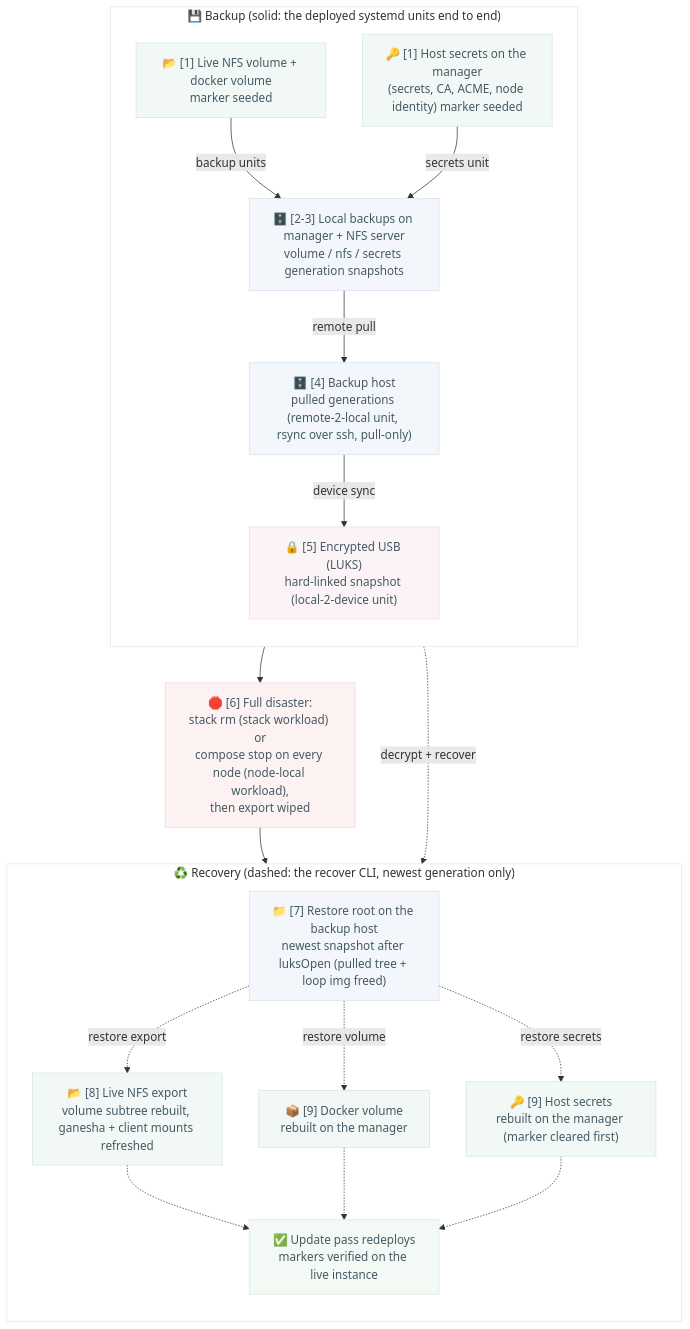
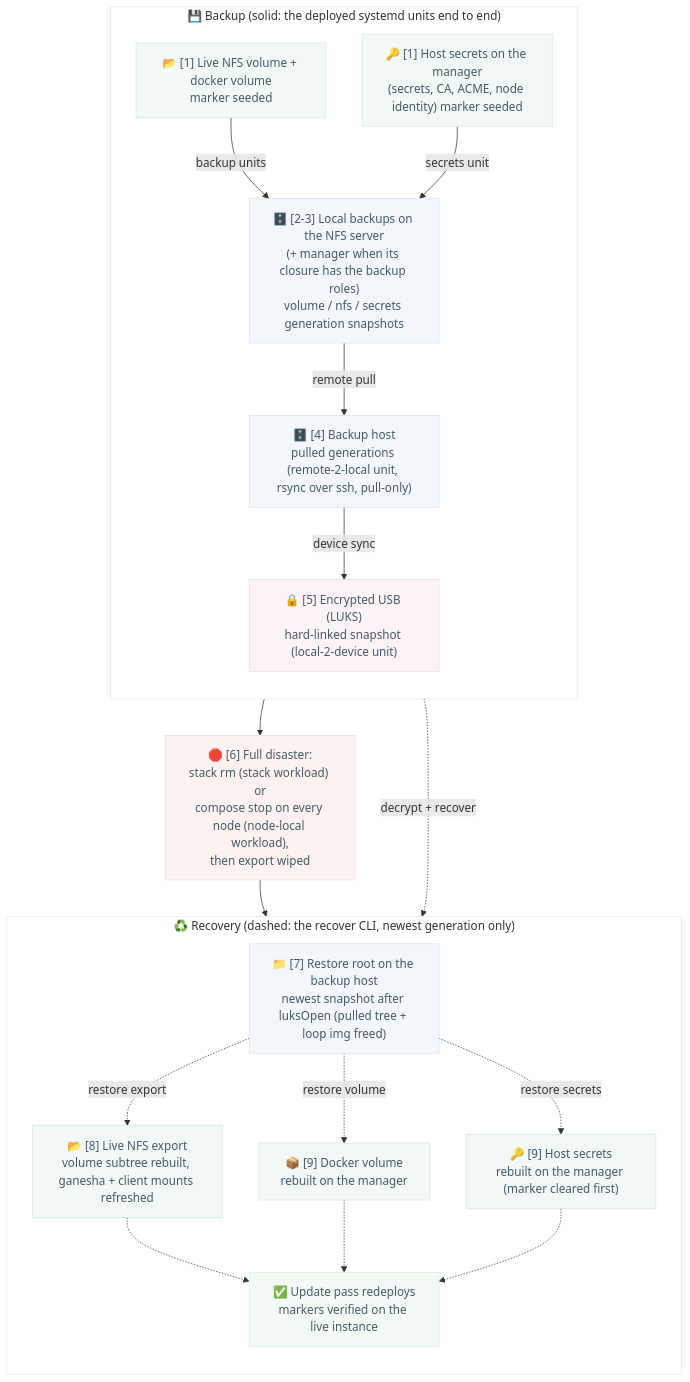
Before and after one commit to AlejandroRomanIbanez/infinito-nexus: the second of 2 diagrams in scripts/tests/deploy/swarm/routine/backup/README.md, drawn with Mermaid. The commit also changed other lines of this file and 8 other files, not shown here.

First line of the commit message:
fix(swarm-test): derive the DR drill backup providers from the closure

````diff
--- a/scripts/tests/deploy/swarm/routine/backup/README.md
+++ b/scripts/tests/deploy/swarm/routine/backup/README.md
@@ -61,42 +61,42 @@
 ```mermaid
 flowchart TB
     subgraph forward["💾 Backup (solid: the deployed systemd units end to end)"]
         direction TB
         vol["📂 [1] Live NFS volume + docker volume<br/>marker seeded"]:::live
         sec["🔑 [1] Host secrets on the manager<br/>(secrets, CA, ACME, node identity) marker seeded"]:::live
-        localbkp["🗄️ [2-3] Local backups on manager + NFS server<br/>volume / nfs / secrets generation snapshots"]:::store
+        localbkp["🗄️ [2-3] Local backups on the NFS server<br/>(+ manager when its closure has the backup roles)<br/>volume / nfs / secrets generation snapshots"]:::store
         pulled["🗄️ [4] Backup host<br/>pulled generations (remote-2-local unit, rsync over ssh, pull-only)"]:::store
         usb["🔒 [5] Encrypted USB (LUKS)<br/>hard-linked snapshot (local-2-device unit)"]:::device
         vol -->|backup units| localbkp
         sec -->|secrets unit| localbkp
         localbkp -->|remote pull| pulled -->|device sync| usb
     end
 
     teardown["🛑 [6] Full disaster:<br/>stack rm (stack workload) or<br/>compose stop on every node (node-local workload),<br/>then export wiped"]:::dead
 
     subgraph recovery["♻️ Recovery (dashed: the recover CLI, newest generation only)"]
         direction TB
         restored["📁 [7] Restore root on the backup host<br/>newest snapshot after luksOpen (pulled tree + loop img freed)"]:::store
         export["📂 [8] Live NFS export<br/>volume subtree rebuilt, ganesha + client mounts refreshed"]:::live
         volume["📦 [9] Docker volume<br/>rebuilt on the manager"]:::live
         secrets["🔑 [9] Host secrets<br/>rebuilt on the manager (marker cleared first)"]:::live
         verified["✅ Update pass redeploys<br/>markers verified on the live instance"]:::ok
         usb -.->|decrypt + recover| restored
         restored -.->|restore export| export
         restored -.->|restore volume| volume
         restored -.->|restore secrets| secrets
         export -.-> verified
         volume -.-> verified
         secrets -.-> verified
     end
 
     forward --> teardown --> recovery
 
     classDef live fill:#f1f8f6,stroke:#d5e7e2,color:#455a64;
     classDef store fill:#f3f7fb,stroke:#d6e2ee,color:#455a64;
     classDef device fill:#fbf3f6,stroke:#eed9e2,color:#455a64;
     classDef dead fill:#fdf2f2,stroke:#eddada,color:#455a64;
     classDef ok fill:#f3f9f4,stroke:#d9ecdc,color:#455a64;
     style forward fill:#ffffff,stroke:#e6e6e6;
     style recovery fill:#ffffff,stroke:#e6e6e6;
 ```
````
